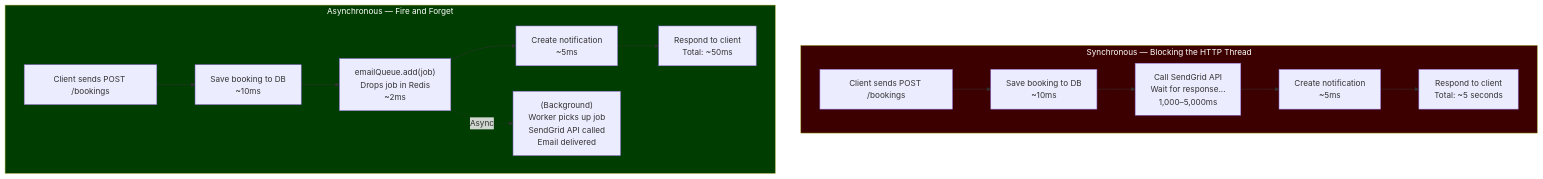
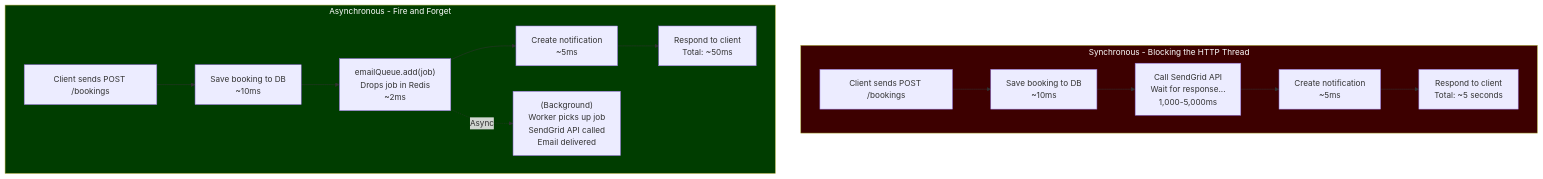
The tenth of 15 diagrams in README.md (Ochanda-Charles/Event-scheduling-system), drawn with Mermaid before and after one commit. The commit also changed other lines of this file, not shown here.

Commit message:
docs: fix mermaid diagram rendering with proper indentation and syntax

````diff
--- a/README.md
+++ b/README.md
@@ -509,25 +509,25 @@
 ```mermaid
 flowchart TD
- subgraph BAD [" Synchronous — Blocking the HTTP Thread"]
- B1["Client sends POST /bookings"]
- B2["Save booking to DB\n~10ms"]
- B3["Call SendGrid API\nWait for response...\n1,000–5,000ms"]
- B4["Create notification\n~5ms"]
- B5["Respond to client\nTotal: ~5 seconds "]
- B1 --> B2 --> B3 --> B4 --> B5
- end
+    subgraph BAD ["Synchronous - Blocking the HTTP Thread"]
+        B1["Client sends POST /bookings"]
+        B2["Save booking to DB\n~10ms"]
+        B3["Call SendGrid API\nWait for response...\n1,000-5,000ms"]
+        B4["Create notification\n~5ms"]
+        B5["Respond to client\nTotal: ~5 seconds"]
+        B1 --> B2 --> B3 --> B4 --> B5
+    end
 
- subgraph GOOD [" Asynchronous — Fire and Forget"]
- G1["Client sends POST /bookings"]
- G2["Save booking to DB\n~10ms"]
- G3["emailQueue.add(job)\nDrops job in Redis\n~2ms"]
- G4["Create notification\n~5ms"]
- G5["Respond to client\nTotal: ~50ms "]
- G6["(Background)\nWorker picks up job\nSendGrid API called\nEmail delivered"]
- G1 --> G2 --> G3 --> G4 --> G5
- G3 -.->|"Async"| G6
- end
+    subgraph GOOD ["Asynchronous - Fire and Forget"]
+        G1["Client sends POST /bookings"]
+        G2["Save booking to DB\n~10ms"]
+        G3["emailQueue.add(job)\nDrops job in Redis\n~2ms"]
+        G4["Create notification\n~5ms"]
+        G5["Respond to client\nTotal: ~50ms"]
+        G6["(Background)\nWorker picks up job\nSendGrid API called\nEmail delivered"]
+        G1 --> G2 --> G3 --> G4 --> G5
+        G3 -.->|"Async"| G6
+    end
 
- style BAD fill:#3d0000,color:#fff
- style GOOD fill:#003d00,color:#fff
+    style BAD fill:#3d0000,color:#fff
+    style GOOD fill:#003d00,color:#fff
 ```
````
